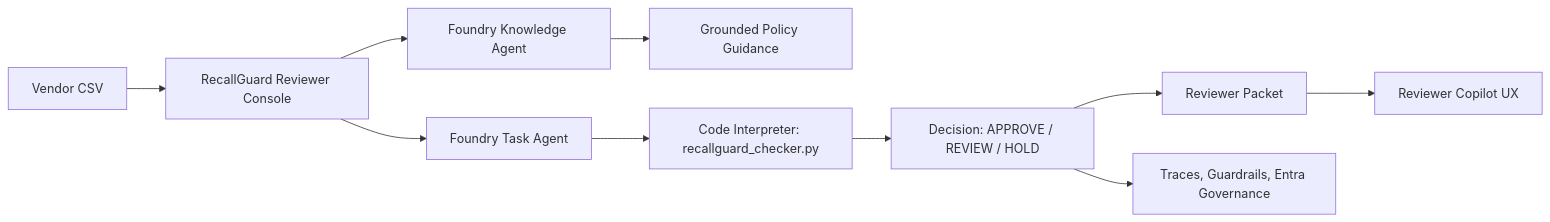
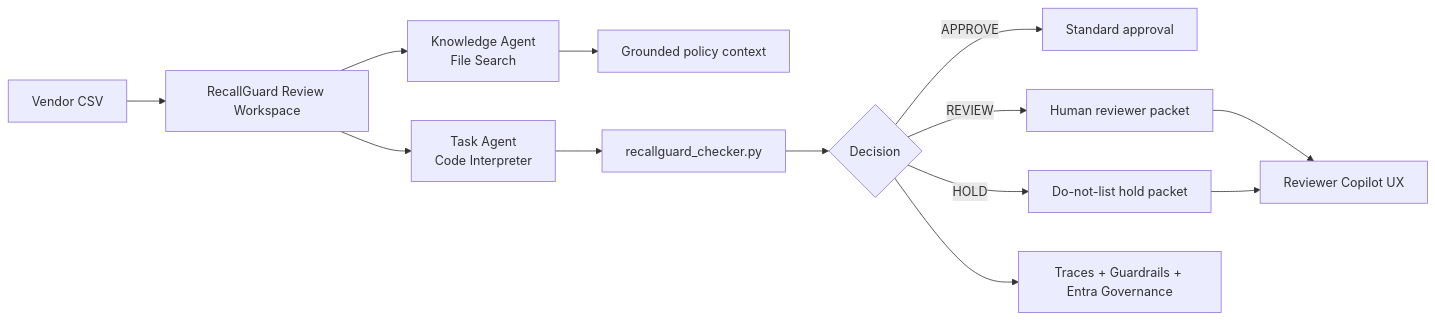
The diagram in README.md (1wos/RecallGuard-AI), drawn with Mermaid before and after one commit. The commit also changed other lines of this file and 1 other file, not shown here.

Commit message:
Refresh README for Agent-a-Thon portfolio

````diff
--- a/README.md
+++ b/README.md
@@ -64,12 +70,15 @@
 ```mermaid
 flowchart LR
-    A["Vendor CSV"] --> B["RecallGuard Reviewer Console"]
-    B --> C["Foundry Knowledge Agent"]
-    C --> D["Grounded Policy Guidance"]
-    B --> E["Foundry Task Agent"]
-    E --> F["Code Interpreter: recallguard_checker.py"]
-    F --> G["Decision: APPROVE / REVIEW / HOLD"]
-    G --> H["Reviewer Packet"]
-    H --> I["Reviewer Copilot UX"]
-    G --> J["Traces, Guardrails, Entra Governance"]
+    A["Vendor CSV"] --> B["RecallGuard Review Workspace"]
+    B --> C["Knowledge Agent<br/>File Search"]
+    C --> D["Grounded policy context"]
+    B --> E["Task Agent<br/>Code Interpreter"]
+    E --> F["recallguard_checker.py"]
+    F --> G{"Decision"}
+    G -->|APPROVE| H["Standard approval"]
+    G -->|REVIEW| I["Human reviewer packet"]
+    G -->|HOLD| J["Do-not-list hold packet"]
+    I --> K["Reviewer Copilot UX"]
+    J --> K
+    G --> L["Traces + Guardrails + Entra Governance"]
 ```
````
